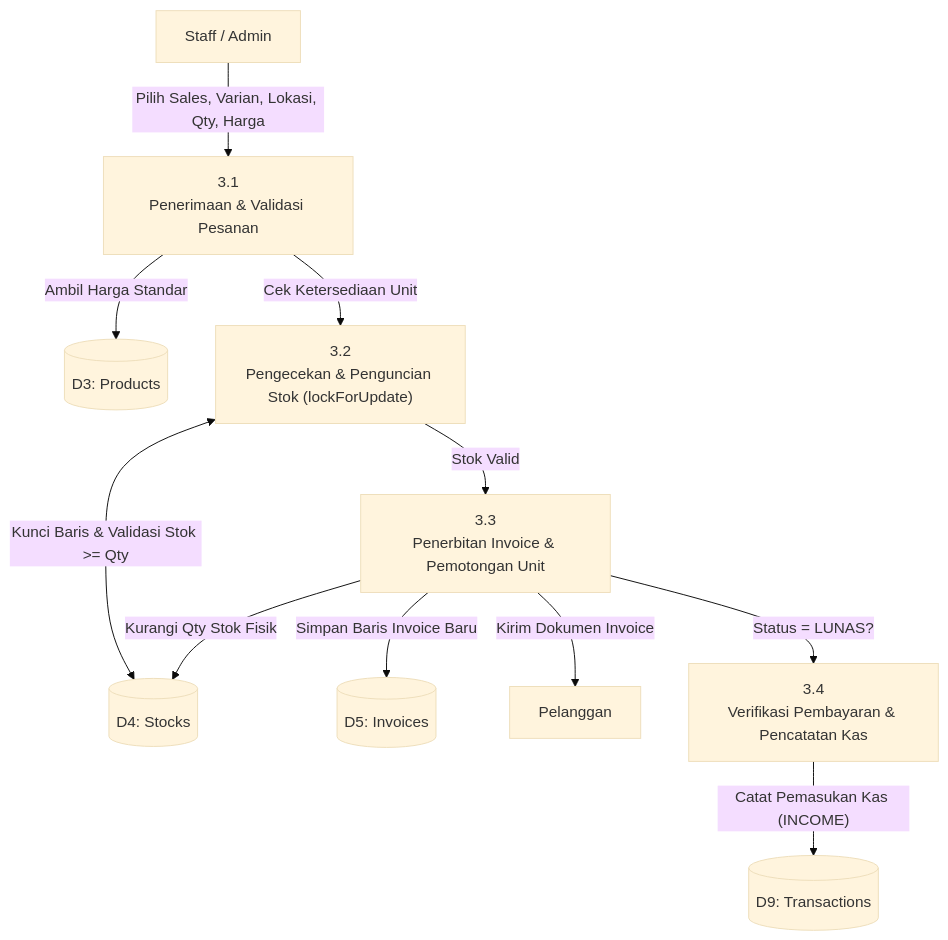
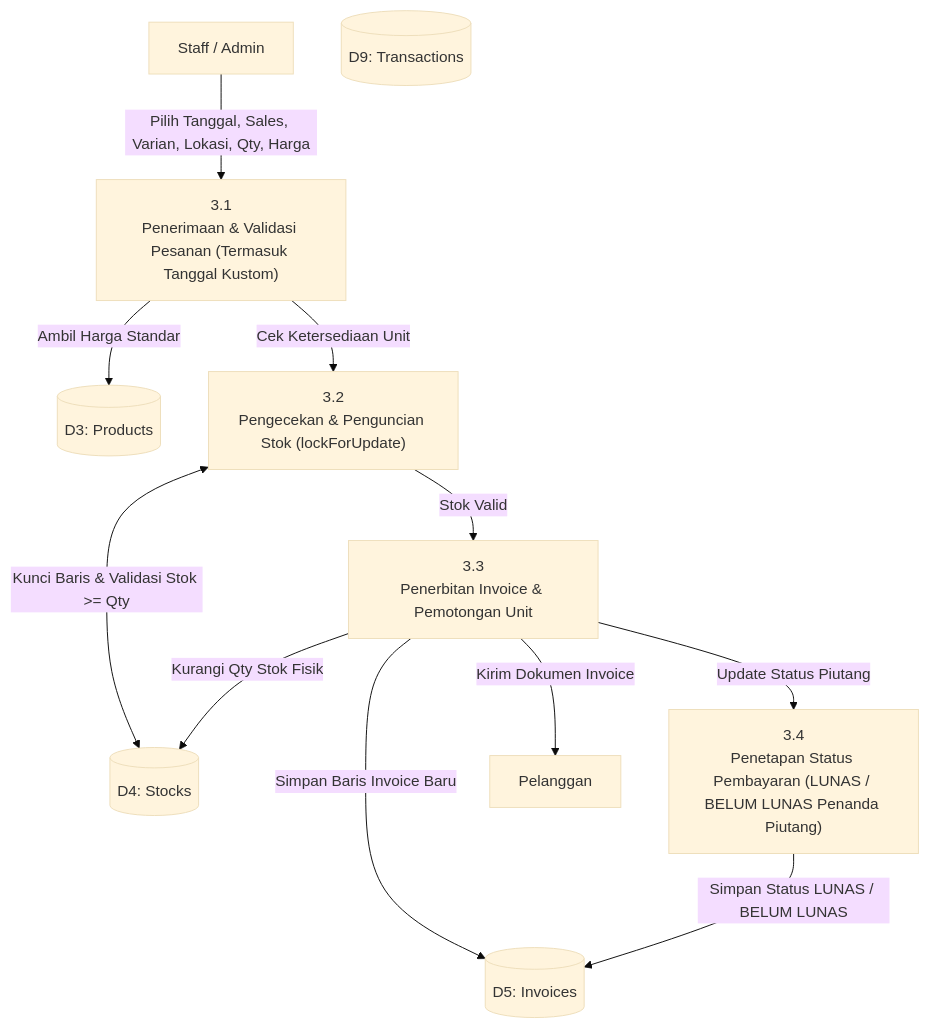
Before and after one commit to FatsyahRGT/scentpeep: the third of 6 diagrams in docs/DFD.md, drawn with Mermaid (base theme). The commit also changed other lines of this file and 28 other files, not shown here.

Commit message:
feat: pisahkan kas dari invoice, kustom tanggal invoice, halaman tutorial panduan sistem, dan optimasi performa

````diff
--- a/docs/DFD.md
+++ b/docs/DFD.md
@@ -136,27 +135,27 @@
 ```mermaid
 flowchart TD
     Staff["Staff / Admin"]
     Cust["Pelanggan"]
 
     D_Prod[("D3: Products")]
     D_Stock[("D4: Stocks")]
     D_Inv[("D5: Invoices")]
     D_Cash[("D9: Transactions")]
 
-    P31["3.1<br>Penerimaan & Validasi Pesanan"]
+    P31["3.1<br>Penerimaan & Validasi Pesanan (Termasuk Tanggal Kustom)"]
     P32["3.2<br>Pengecekan & Penguncian Stok (lockForUpdate)"]
     P33["3.3<br>Penerbitan Invoice & Pemotongan Unit"]
-    P34["3.4<br>Verifikasi Pembayaran & Pencatatan Kas"]
+    P34["3.4<br>Penetapan Status Pembayaran (LUNAS / BELUM LUNAS Penanda Piutang)"]
 
-    Staff -->|"Pilih Sales, Varian, Lokasi, Qty, Harga"| P31
+    Staff -->|"Pilih Tanggal, Sales, Varian, Lokasi, Qty, Harga"| P31
     P31 -->|"Ambil Harga Standar"| D_Prod
     P31 -->|"Cek Ketersediaan Unit"| P32
     P32 <-->|"Kunci Baris & Validasi Stok >= Qty"| D_Stock
     P32 -->|"Stok Valid"| P33
     P33 -->|"Kurangi Qty Stok Fisik"| D_Stock
     P33 -->|"Simpan Baris Invoice Baru"| D_Inv
     P33 -->|"Kirim Dokumen Invoice"| Cust
 
-    P33 -->|"Status = LUNAS?"| P34
-    P34 -->|"Catat Pemasukan Kas (INCOME)"| D_Cash
+    P33 -->|"Update Status Piutang"| P34
+    P34 -->|"Simpan Status LUNAS / BELUM LUNAS"| D_Inv
 ```
````
